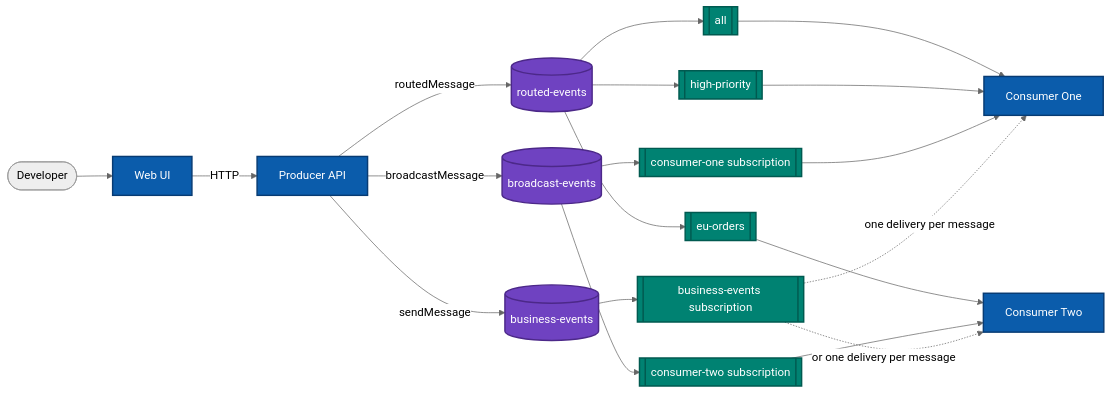
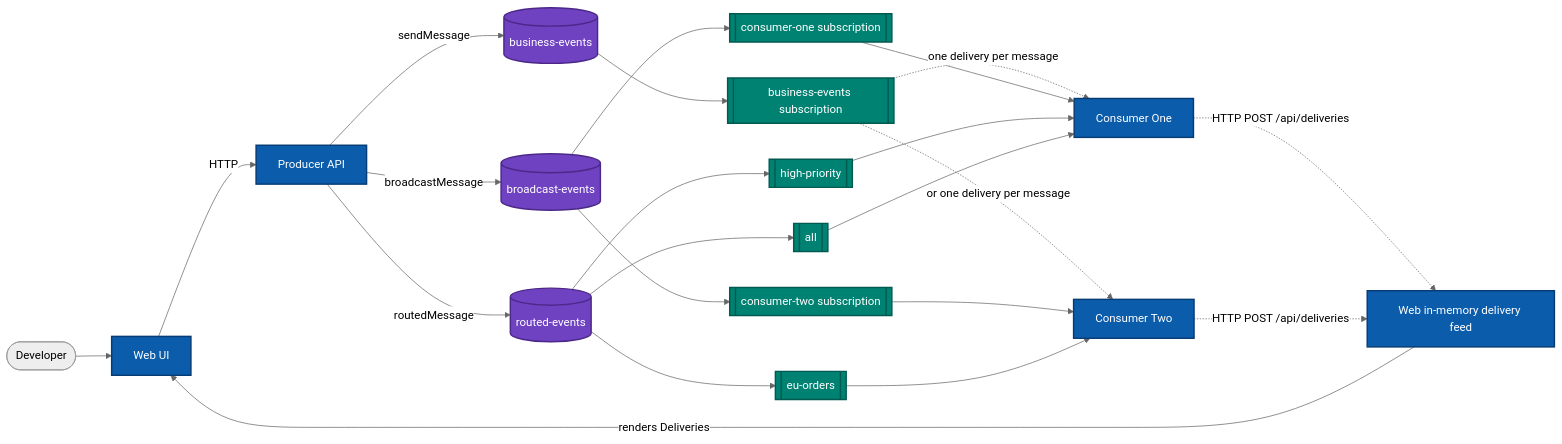
One commit to william-liebenberg/ServiceBusDemo changed the first of 3 diagrams in README.md. Above: the diagram before and after it, drawn with Mermaid (neutral theme). The commit also changed other lines of this file and 2 other files, not shown here.

````diff
--- a/README.md
+++ b/README.md
@@ -26,30 +29,33 @@
 ```mermaid
 flowchart LR
     User([Developer]) --> UI[Web UI]
     UI -->|HTTP| API[Producer API]
     API -->|sendMessage| SharedTopic[(business-events)]
     API -->|broadcastMessage| FanoutTopic[(broadcast-events)]
     API -->|routedMessage| RoutedTopic[(routed-events)]
 
     SharedTopic --> SharedSub[[business-events subscription]]
     SharedSub -. "one delivery per message" .-> C1[Consumer One]
     SharedSub -. "or one delivery per message" .-> C2[Consumer Two]
 
     FanoutTopic --> SubOne[[consumer-one subscription]]
     FanoutTopic --> SubTwo[[consumer-two subscription]]
     SubOne --> C1
     SubTwo --> C2
     RoutedTopic --> HighSub[[high-priority]]
     RoutedTopic --> EuSub[[eu-orders]]
     RoutedTopic --> AllSub[[all]]
     HighSub --> C1
     AllSub --> C1
     EuSub --> C2
+    C1 -. "HTTP POST /api/deliveries" .-> Feed[Web in-memory delivery feed]
+    C2 -. "HTTP POST /api/deliveries" .-> Feed
+    Feed -->|renders Deliveries| UI
 
     classDef app fill:#0b5cab,color:#fff,stroke:#073b73,stroke-width:2px;
     classDef topic fill:#6f42c1,color:#fff,stroke:#4c2889,stroke-width:2px;
     classDef subscription fill:#008272,color:#fff,stroke:#005a50,stroke-width:2px;
-    class UI,API,C1,C2 app;
+    class UI,API,C1,C2,Feed app;
     class SharedTopic,FanoutTopic,RoutedTopic topic;
     class SharedSub,SubOne,SubTwo,HighSub,EuSub,AllSub subscription;
 ```
````
